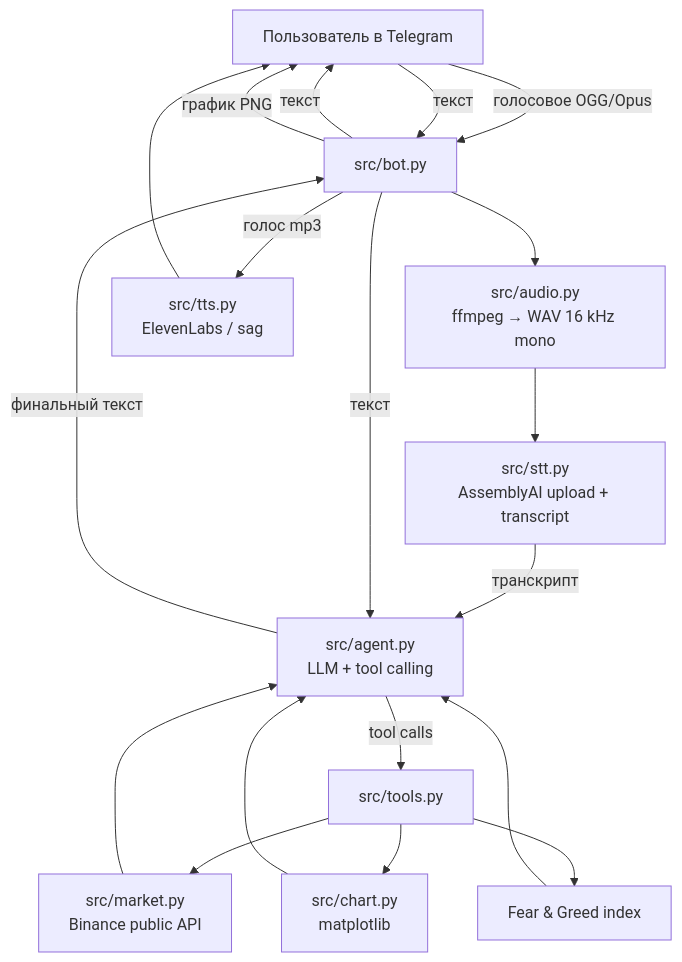
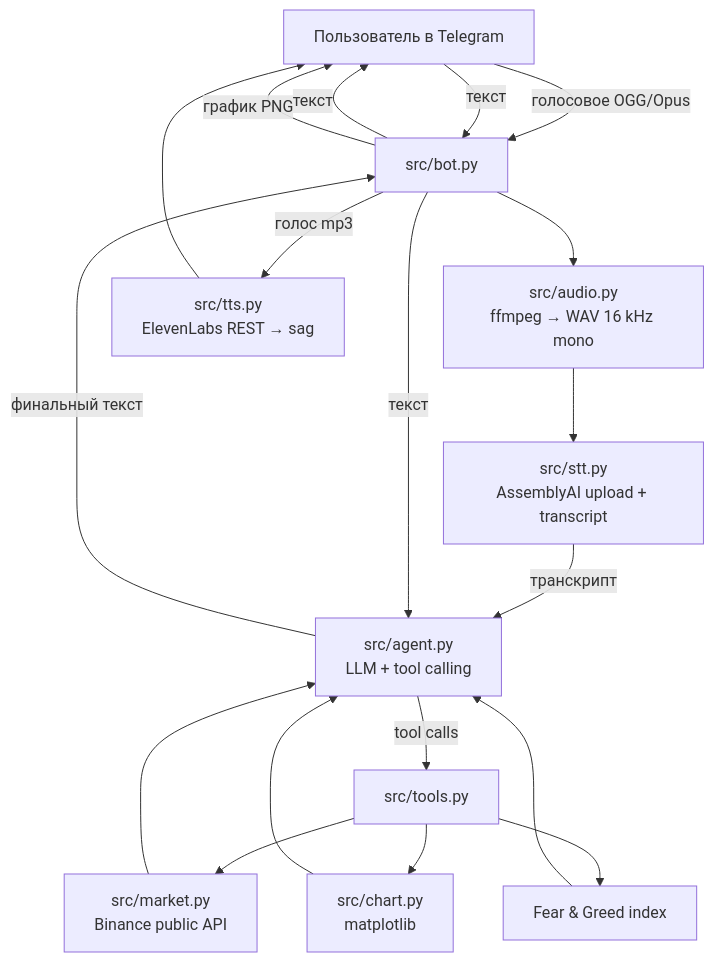
Before and after one commit to bunin78-netizen/voice-market-agent: the diagram in docs/architecture.md, drawn with Mermaid. The commit also changed 2 other files, not shown here.

Commit message:
TTS: прямой REST к ElevenLabs с повторами, sag как резерв (sag падал на /v1/voices)

````diff
--- a/docs/architecture.md
+++ b/docs/architecture.md
@@ -3,21 +3,21 @@
 ```mermaid
 flowchart TD
     U[Пользователь в Telegram] -->|голосовое OGG/Opus| B[src/bot.py]
     U -->|текст| B
     B --> A[src/audio.py<br/>ffmpeg → WAV 16 kHz mono]
     A --> S[src/stt.py<br/>AssemblyAI upload + transcript]
     S -->|транскрипт| AG[src/agent.py<br/>LLM + tool calling]
     B -->|текст| AG
     AG -->|tool calls| T[src/tools.py]
     T --> M[src/market.py<br/>Binance public API]
     T --> C[src/chart.py<br/>matplotlib]
     T --> F[Fear &amp; Greed index]
     M --> AG
     C --> AG
     F --> AG
     AG -->|финальный текст| B
     B -->|текст| U
     B -->|график PNG| U
-    B -->|голос mp3| TT[src/tts.py<br/>ElevenLabs / sag]
+    B -->|голос mp3| TT[src/tts.py<br/>ElevenLabs REST → sag]
     TT --> U
 ```
````
